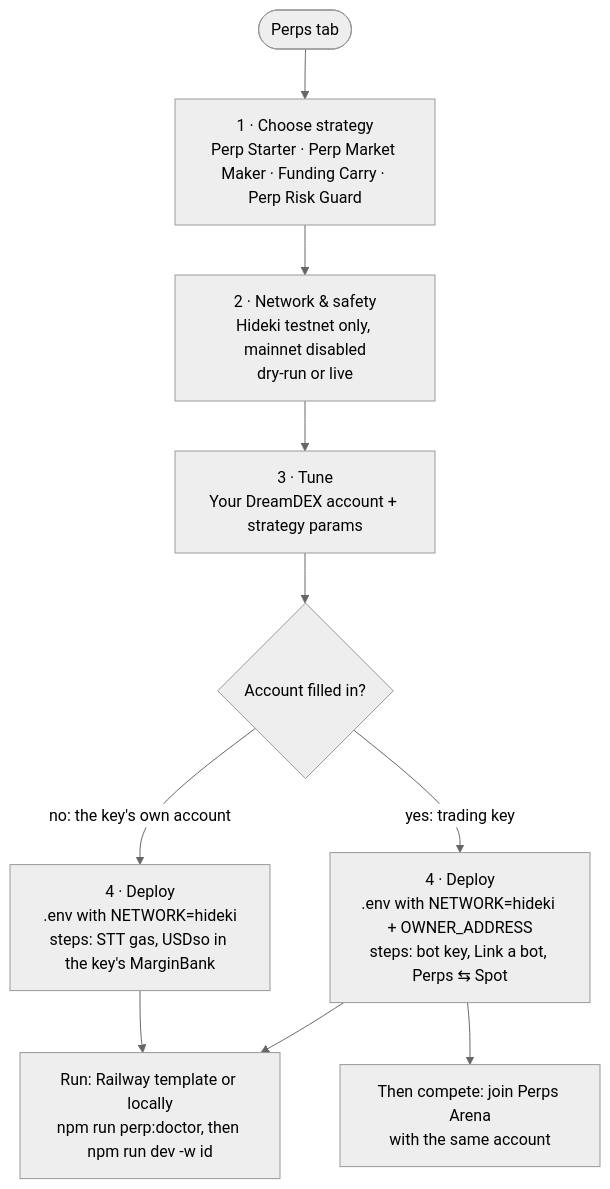
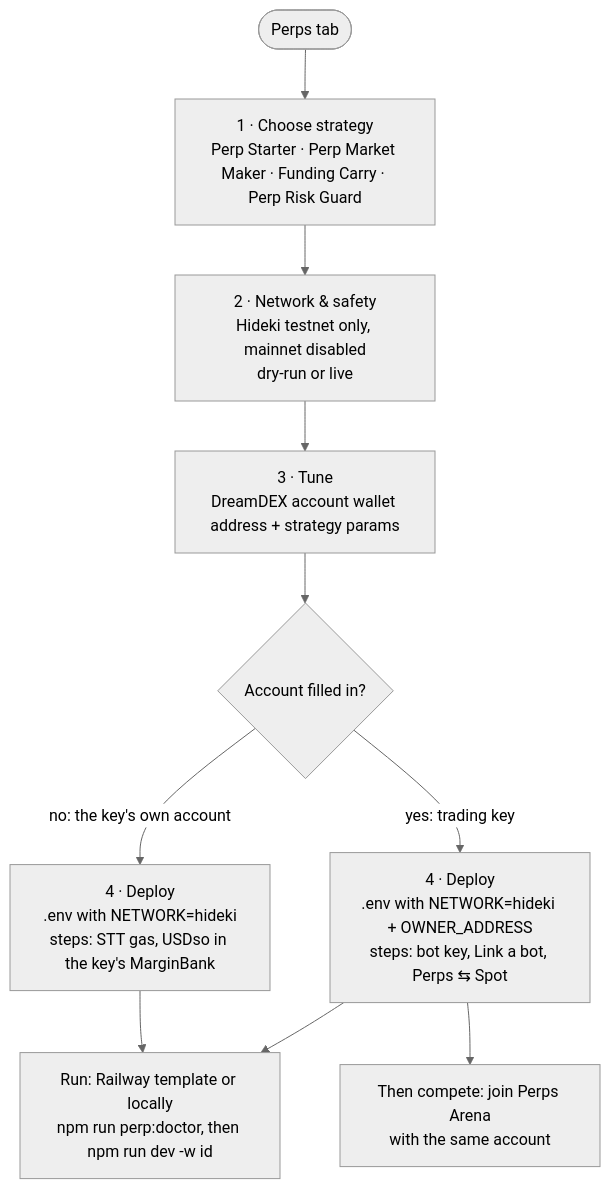
The second of 2 diagrams in FLOW.md (emrestay/dreamdex-bot-builder), drawn with Mermaid (neutral theme) before and after one commit. The commit also changed other lines of this file and 2 other files, not shown here.

Commit message:
Label the perps owner field as the DreamDEX account wallet address

````diff
--- a/FLOW.md
+++ b/FLOW.md
@@ -207,11 +207,11 @@
 ```mermaid
 flowchart TD
   A([Perps tab]) --> B[1 · Choose strategy<br/>Perp Starter · Perp Market Maker · Funding Carry · Perp Risk Guard]
   B --> N[2 · Network & safety<br/>Hideki testnet only, mainnet disabled<br/>dry-run or live]
-  N --> T[3 · Tune<br/>Your DreamDEX account + strategy params]
+  N --> T[3 · Tune<br/>DreamDEX account wallet address + strategy params]
   T --> C{Account filled in?}
   C -->|yes: trading key| K[4 · Deploy<br/>.env with NETWORK=hideki + OWNER_ADDRESS<br/>steps: bot key, Link a bot, Perps ⇆ Spot]
   C -->|no: the key's own account| O[4 · Deploy<br/>.env with NETWORK=hideki<br/>steps: STT gas, USDso in the key's MarginBank]
   K & O --> R[Run: Railway template or locally<br/>npm run perp:doctor, then npm run dev -w id]
   K --> P[Then compete: join Perps Arena<br/>with the same account]
 ```
````
